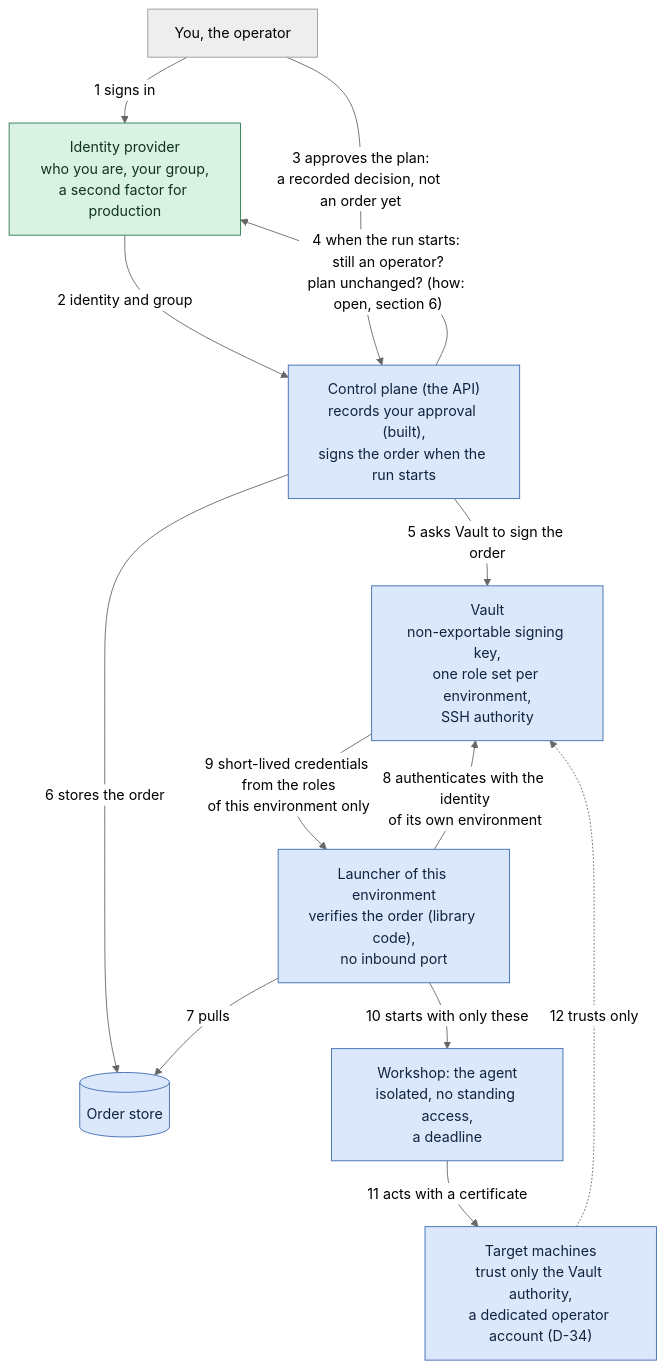
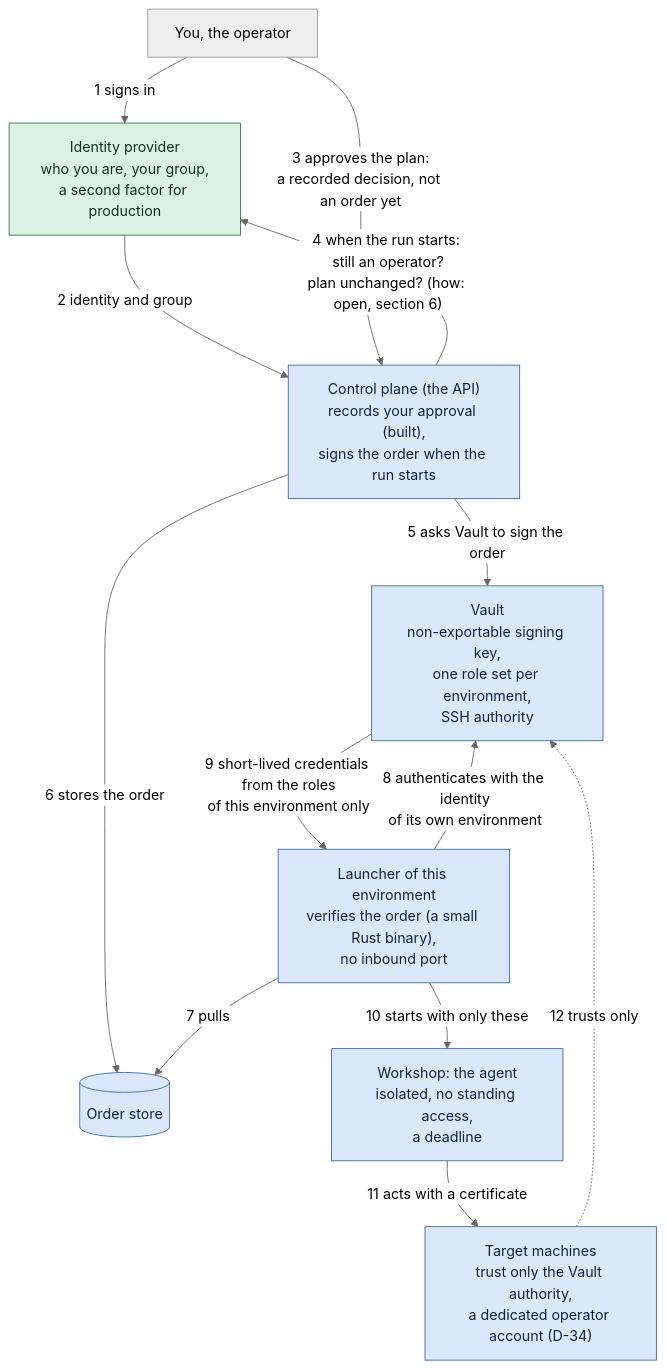
The first of 4 diagrams in docs/security-model.md (MafLabs38/orchestrarr), drawn with Mermaid (neutral theme) before and after one commit. The commit also changed other lines of this file and 8 other files, not shown here.

First line of the commit message:
docs(adr): the launcher is a Rust binary held to the control plane by shared vectors (ADR 0014)

````diff
--- a/docs/security-model.md
+++ b/docs/security-model.md
@@ -37,28 +37,28 @@
 ```mermaid
 flowchart TB
   person["You, the operator"]
   kc["Identity provider<br/>who you are, your group,<br/>a second factor for production"]:::built
   cp["Control plane (the API)<br/>records your approval (built),<br/>signs the order when the run starts"]:::decided
   vault["Vault<br/>non-exportable signing key,<br/>one role set per environment,<br/>SSH authority"]:::decided
   store[("Order store")]:::decided
-  launcher["Launcher of this environment<br/>verifies the order (library code),<br/>no inbound port"]:::decided
+  launcher["Launcher of this environment<br/>verifies the order (a small Rust binary),<br/>no inbound port"]:::decided
   shop["Workshop: the agent<br/>isolated, no standing access,<br/>a deadline"]:::decided
   target["Target machines<br/>trust only the Vault authority,<br/>a dedicated operator account (D-34)"]:::decided
 
   person -->|"1 signs in"| kc
   kc -->|"2 identity and group"| cp
   person -->|"3 approves the plan:<br/>a recorded decision, not an order yet"| cp
   cp -->|"4 when the run starts: still an operator?<br/>plan unchanged? (how: open, section 6)"| kc
   cp -->|"5 asks Vault to sign the order"| vault
   cp -->|"6 stores the order"| store
   launcher -->|"7 pulls"| store
   launcher -->|"8 authenticates with the identity<br/>of its own environment"| vault
   vault -->|"9 short-lived credentials from the roles<br/>of this environment only"| launcher
   launcher -->|"10 starts with only these"| shop
   shop -->|"11 acts with a certificate"| target
   target -.->|"12 trusts only"| vault
 
   classDef built fill:#d9f2e3,stroke:#2d7a4f,color:#10331f
   classDef decided fill:#dbe8fb,stroke:#3b6ab0,color:#10233f
   classDef proposed fill:#eadcf7,stroke:#7a4fb0,color:#2a1040
 ```
````
